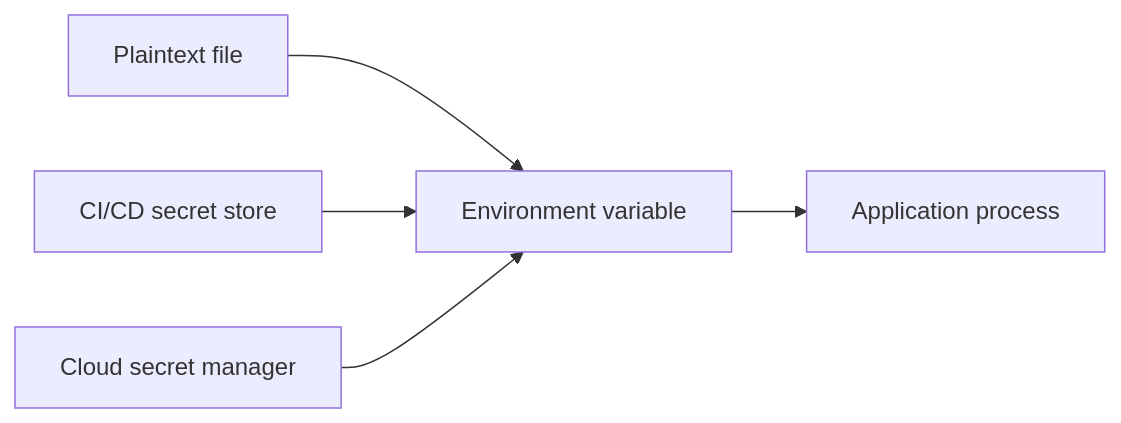
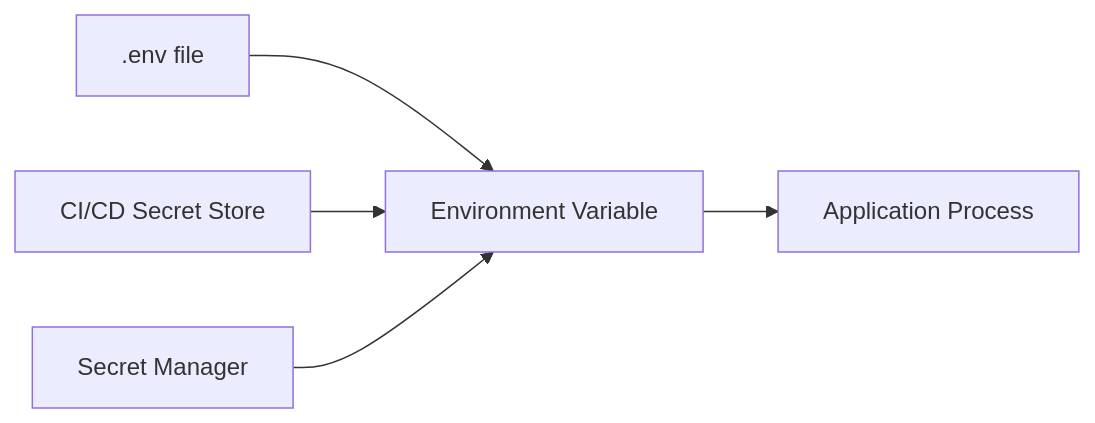
The second of 6 diagrams in src/content/security/secrets-management.md (AvadhBhalodiya/Interview-Preparation), drawn with Mermaid before and after one commit. The commit also changed other lines of this file and 54 other files, not shown here.

````diff
--- a/src/content/security/secrets-management.md
+++ b/src/content/security/secrets-management.md
@@ -247,7 +139,7 @@
 ```mermaid
 flowchart LR
-    A[Plaintext file] --> D[Environment variable]
-    B[CI/CD secret store] --> D
-    C[Cloud secret manager] --> D
-    D --> E[Application process]
+    A[.env file] --> ENV[Environment Variable]
+    B[CI/CD Secret Store] --> ENV
+    C[Secret Manager] --> ENV
+    ENV --> APP[Application Process]
 ```
````
